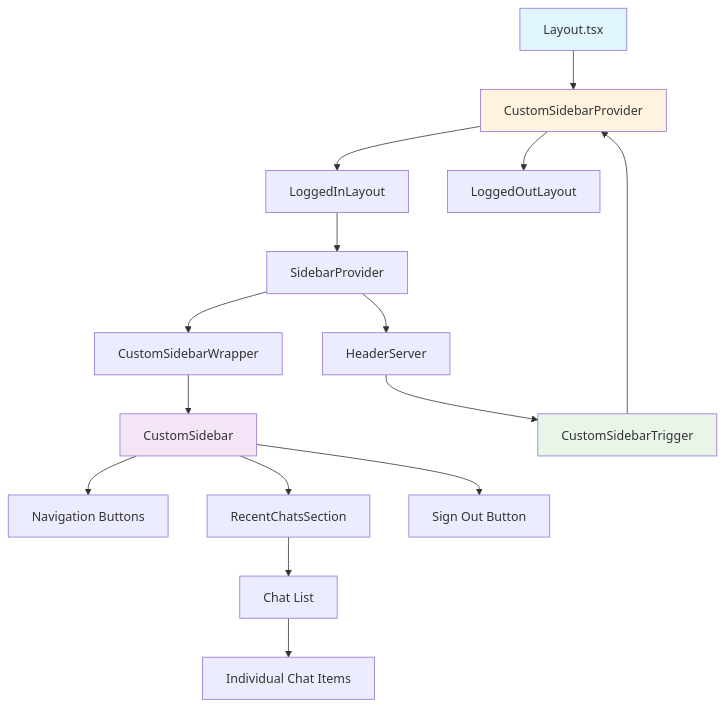
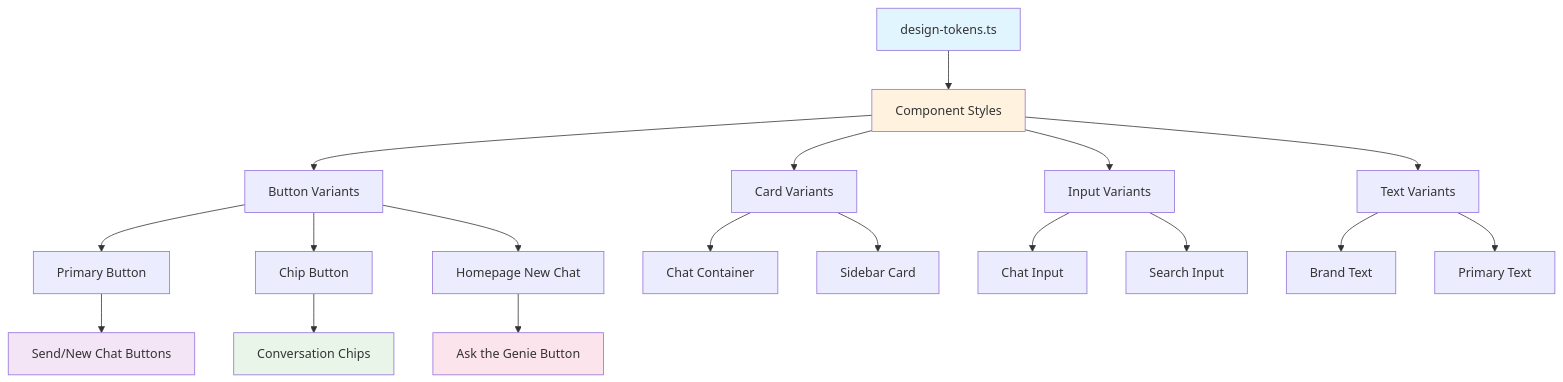
One commit to guy-car/week2-chatbot changed the diagram in .docs/knowledge/ui-architecture-state-report.md. Above: the diagram before and after it, drawn with Mermaid. The commit also changed other lines of this file and 4 other files, not shown here.

````diff
--- a/.docs/knowledge/ui-architecture-state-report.md
+++ b/.docs/knowledge/ui-architecture-state-report.md
@@ -186,26 +321,31 @@
 ```mermaid
 graph TD
-    A[Layout.tsx] --> B[CustomSidebarProvider]
-    B --> C[LoggedInLayout]
-    B --> D[LoggedOutLayout]
+    A[design-tokens.ts] --> B[Component Styles]
+    B --> C[Button Variants]
+    B --> D[Card Variants]
+    B --> E[Input Variants]
+    B --> F[Text Variants]
     
-    C --> E[SidebarProvider]
-    E --> F[CustomSidebarWrapper]
-    E --> G[HeaderServer]
+    C --> G[Primary Button]
+    C --> H[Chip Button]
+    C --> I[Homepage New Chat]
     
-    F --> H[CustomSidebar]
-    H --> I[Navigation Buttons]
-    H --> J[RecentChatsSection]
-    H --> K[Sign Out Button]
+    D --> J[Chat Container]
+    D --> K[Sidebar Card]
     
-    G --> L[CustomSidebarTrigger]
-    L --> B
+    E --> L[Chat Input]
+    E --> M[Search Input]
     
-    J --> M[Chat List]
-    M --> N[Individual Chat Items]
+    F --> N[Brand Text]
+    F --> O[Primary Text]
+    
+    G --> P[Send/New Chat Buttons]
+    H --> Q[Conversation Chips]
+    I --> R[Ask the Genie Button]
     
     style A fill:#e1f5fe
     style B fill:#fff3e0
-    style H fill:#f3e5f5
-    style L fill:#e8f5e8
+    style P fill:#f3e5f5
+    style Q fill:#e8f5e8
+    style R fill:#fce4ec
 ```
````
